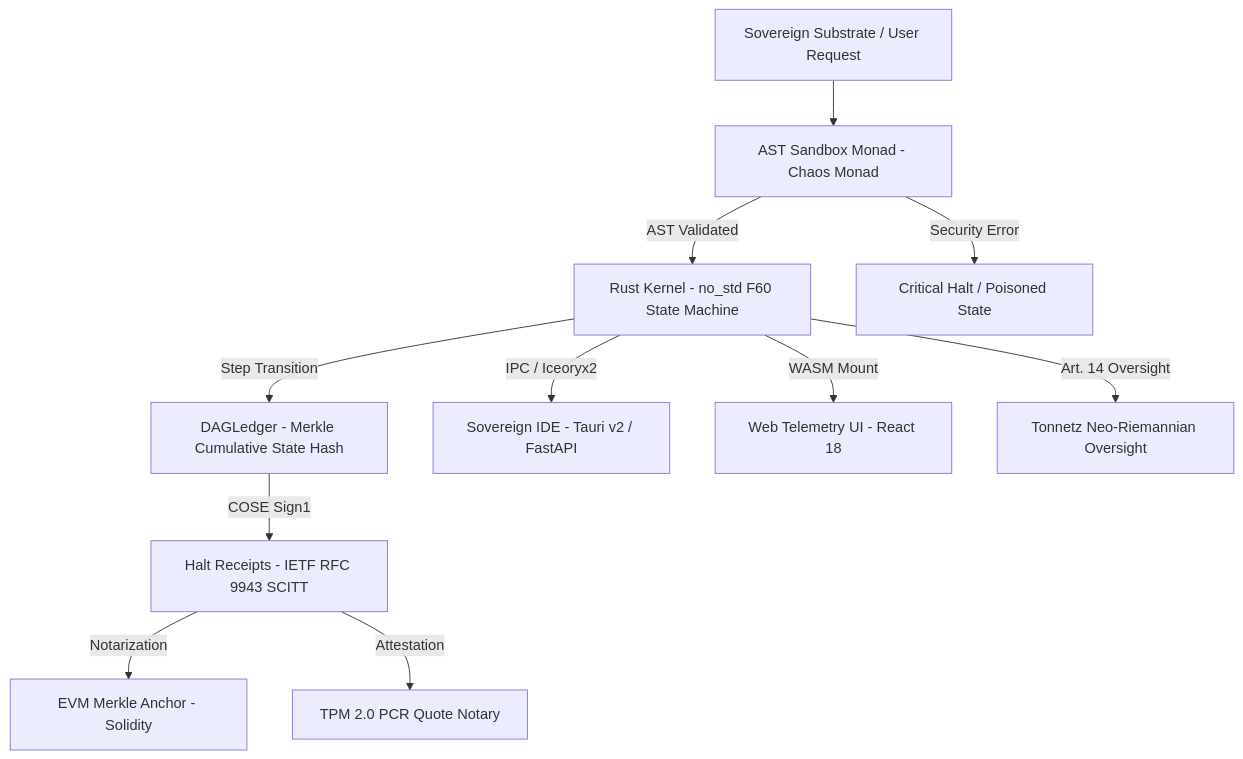
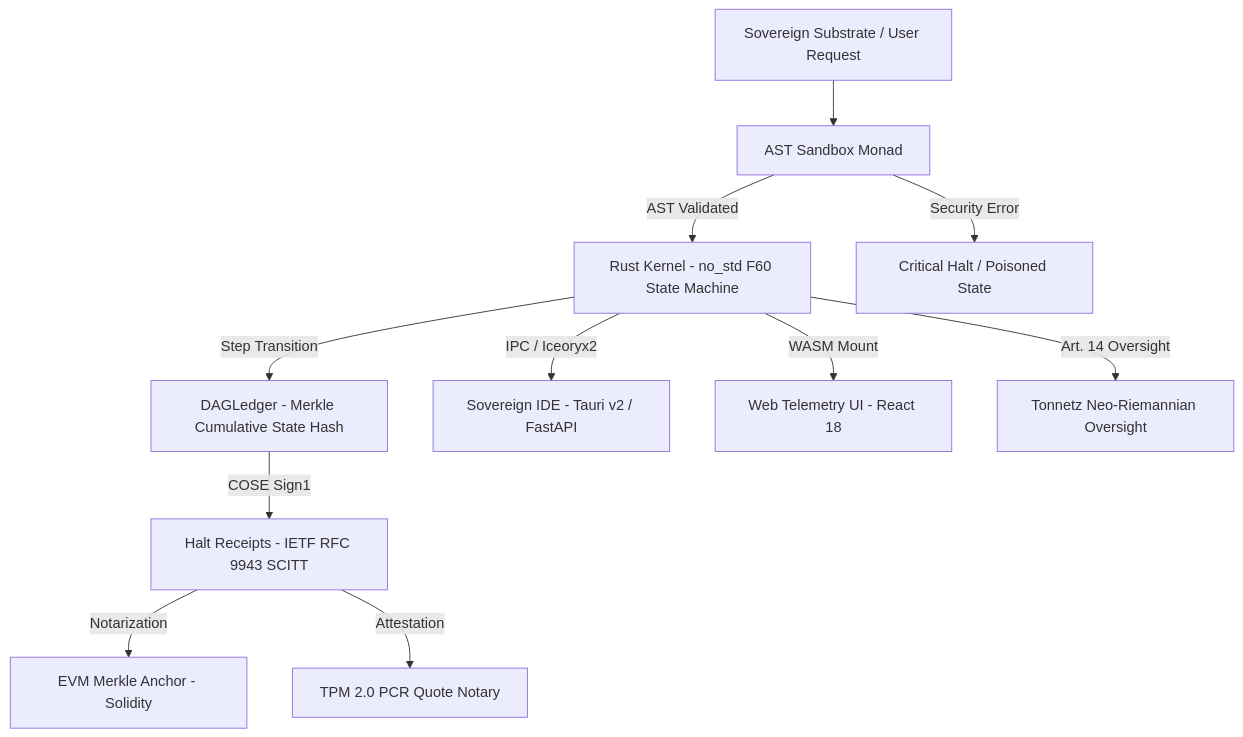
The diagram in docs/README.md (borjamoskv/BABYLON-60), drawn with Mermaid before and after one commit. The commit also changed other lines of this file and 11 other files, not shown here.

````diff
--- a/docs/README.md
+++ b/docs/README.md
@@ -29,16 +33,16 @@
 ```mermaid
 graph TD
-    Sub[Sovereign Substrate / User Request] --> AST[AST Sandbox Monad - Chaos Monad]
+    Sub[Sovereign Substrate / User Request] --> AST[AST Sandbox Monad]
     AST -->|AST Validated| Kernel[Rust Kernel - no_std F60 State Machine]
     AST -->|Security Error| Fail[Critical Halt / Poisoned State]
     
     Kernel -->|Step Transition| Ledger[DAGLedger - Merkle Cumulative State Hash]
     Ledger -->|COSE Sign1| Receipt[Halt Receipts - IETF RFC 9943 SCITT]
     
     Kernel -->|IPC / Iceoryx2| IDE[Sovereign IDE - Tauri v2 / FastAPI]
     Kernel -->|WASM Mount| WebUI[Web Telemetry UI - React 18]
     Kernel -->|Art. 14 Oversight| Tonnetz[Tonnetz Neo-Riemannian Oversight]
     
     Receipt -->|Notarization| EVM[EVM Merkle Anchor - Solidity]
     Receipt -->|Attestation| TPM[TPM 2.0 PCR Quote Notary]
 ```
````
